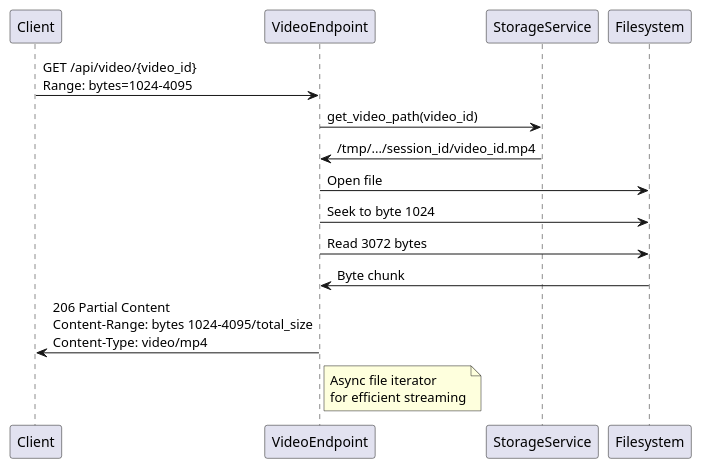
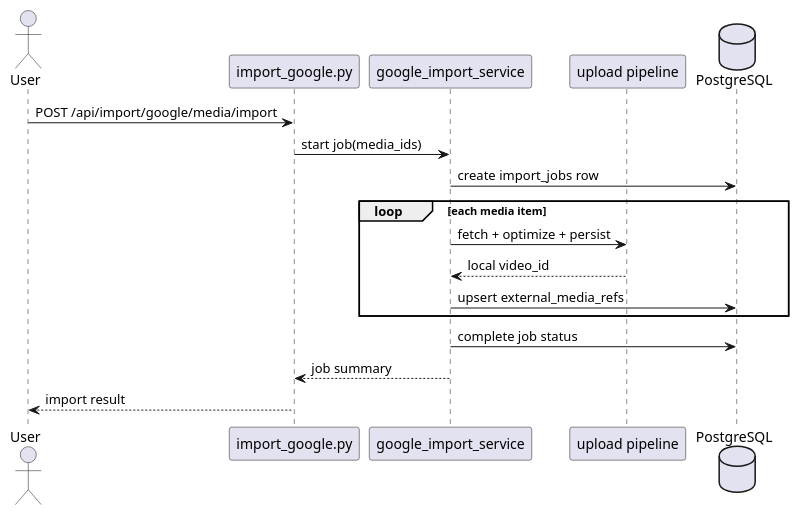
Before and after one commit to timwalsh41/condor: the fourth of 4 diagrams in docs/BACKEND_DESIGN.md, drawn with PlantUML. The commit also changed other lines of this file and 5 other files, not shown here.

````diff
--- a/docs/BACKEND_DESIGN.md
+++ b/docs/BACKEND_DESIGN.md
@@ -407,22 +158,21 @@
 ```plantuml
 @startuml
-participant "Client" as client
-participant "VideoEndpoint" as video
-participant "StorageService" as storage
-participant "Filesystem" as fs
+actor User
+participant "import_google.py" as route
+participant "google_import_service" as import_service
+participant "upload pipeline" as ingest
+database "PostgreSQL" as db
 
-client -> video: GET /api/video/{video_id}\nRange: bytes=1024-4095
-video -> storage: get_video_path(video_id)
-storage -> video: /tmp/.../session_id/video_id.mp4
-
-video -> fs: Open file
-video -> fs: Seek to byte 1024
-video -> fs: Read 3072 bytes
-
-fs -> video: Byte chunk
-video -> client: 206 Partial Content\nContent-Range: bytes 1024-4095/total_size\nContent-Type: video/mp4
-
-note right of video: Async file iterator\nfor efficient streaming
-
+User -> route: POST /api/import/google/media/import
+route -> import_service: start job(media_ids)
+import_service -> db: create import_jobs row
+loop each media item
+  import_service -> ingest: fetch + optimize + persist
+  ingest --> import_service: local video_id
+  import_service -> db: upsert external_media_refs
+end
+import_service -> db: complete job status
+import_service --> route: job summary
+route --> User: import result
 @enduml
 ```
````
